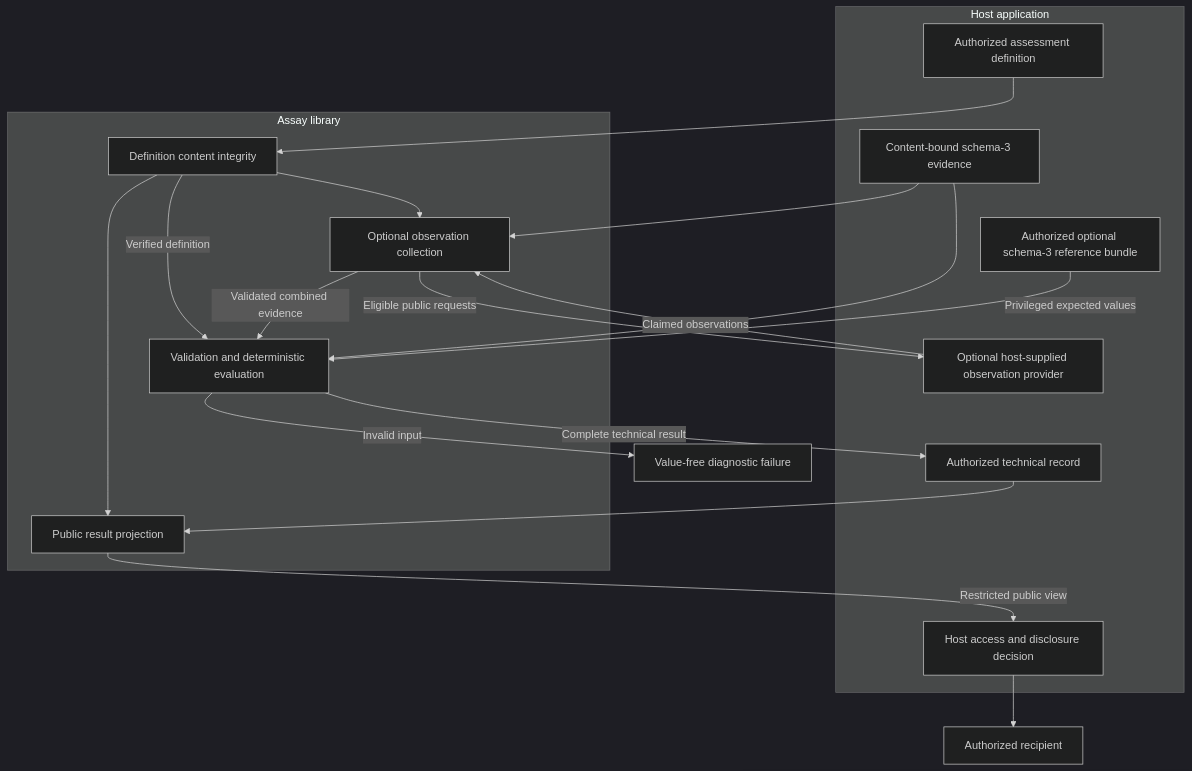
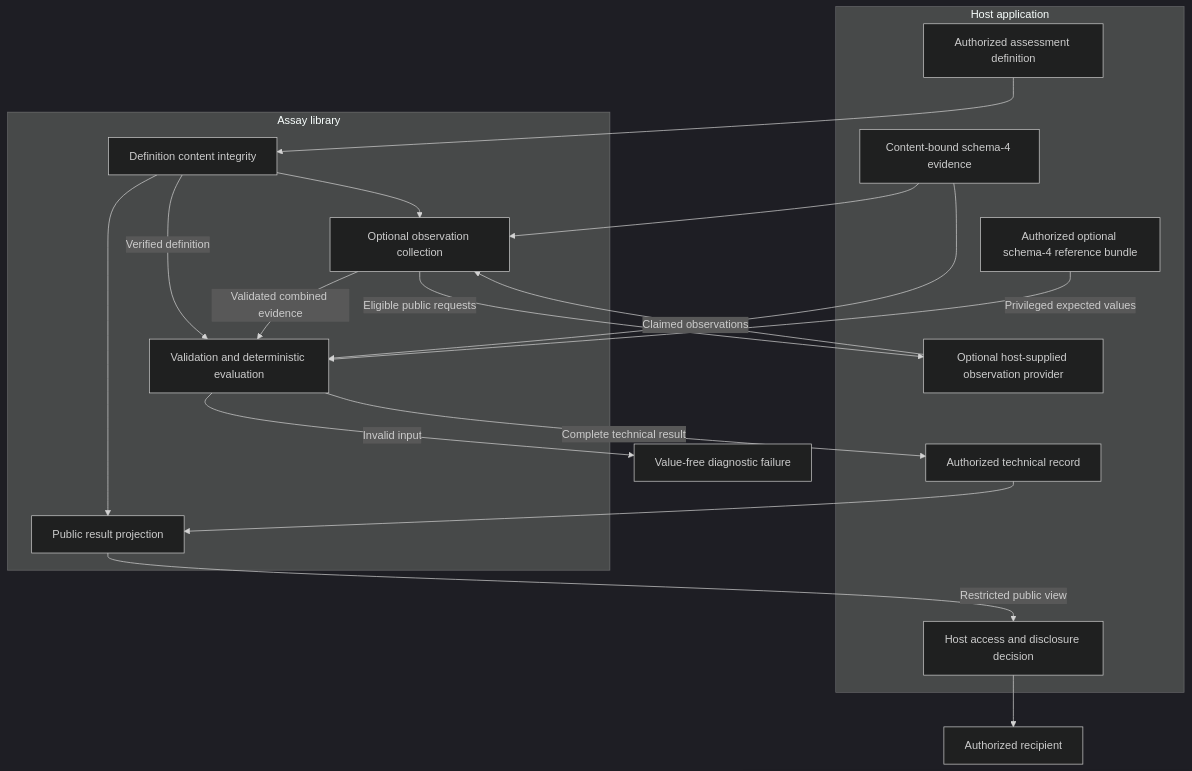
Before and after one commit to 0xbuffdev/assay: the first of 4 diagrams in README.md, drawn with Mermaid (dark theme). The commit also changed other lines of this file and 8 other files, not shown here.

````diff
--- a/README.md
+++ b/README.md
@@ -31,34 +31,34 @@
 ```mermaid
 flowchart TD
     subgraph Host["Host application"]
         Definition["Authorized assessment definition"]
-        Evidence["Content-bound schema-3 evidence"]
-        References["Authorized optional schema-3 reference bundle"]
+        Evidence["Content-bound schema-4 evidence"]
+        References["Authorized optional schema-4 reference bundle"]
         Provider["Optional host-supplied observation provider"]
         Record["Authorized technical record"]
         Authorization["Host access and disclosure decision"]
     end
 
     subgraph Assay["Assay library"]
         Integrity["Definition content integrity"]
         Collection["Optional observation collection"]
         Evaluation["Validation and deterministic evaluation"]
         Projection["Public result projection"]
     end
 
     Definition --> Integrity
     Integrity -->|"Verified definition"| Evaluation
     Evidence --> Evaluation
     References -->|"Privileged expected values"| Evaluation
     Integrity --> Collection
     Evidence --> Collection
     Collection -->|"Eligible public requests"| Provider
     Provider -->|"Claimed observations"| Collection
     Collection -->|"Validated combined evidence"| Evaluation
     Evaluation -->|"Complete technical result"| Record
     Evaluation -->|"Invalid input"| Failure["Value-free diagnostic failure"]
     Record --> Projection
     Integrity --> Projection
     Projection -->|"Restricted public view"| Authorization
     Authorization --> Consumer["Authorized recipient"]
 ```
````
